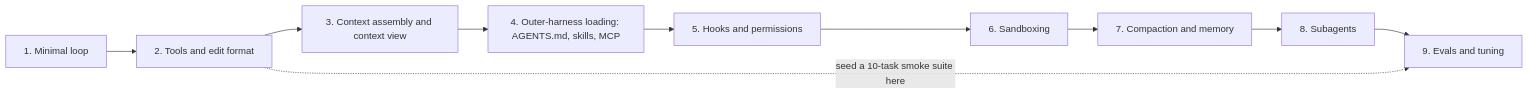
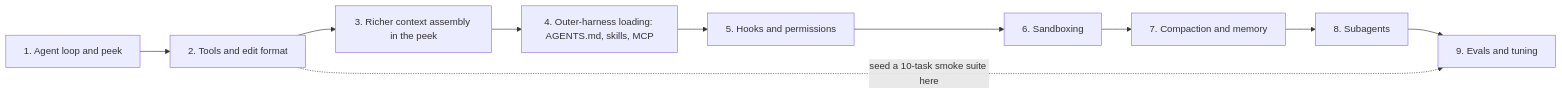
The second of 4 diagrams in docs/gameplan.md (themayukhbasu/peekaboo), drawn with Mermaid before and after one commit. The commit also changed other lines of this file and 5 other files, not shown here.

````diff
--- a/docs/gameplan.md
+++ b/docs/gameplan.md
@@ -76,12 +78,12 @@
 ```mermaid
 flowchart LR
-  S1["1. Minimal loop"] --> S2["2. Tools and edit format"]
-  S2 --> S3["3. Context assembly and context view"]
+  S1["1. Agent loop and peek"] --> S2["2. Tools and edit format"]
+  S2 --> S3["3. Richer context assembly in the peek"]
   S3 --> S4["4. Outer-harness loading: AGENTS.md, skills, MCP"]
   S4 --> S5["5. Hooks and permissions"]
   S5 --> S6["6. Sandboxing"]
   S6 --> S7["7. Compaction and memory"]
   S7 --> S8["8. Subagents"]
   S8 --> S9["9. Evals and tuning"]
   S2 -. "seed a 10-task smoke suite here" .-> S9
 ```
````
